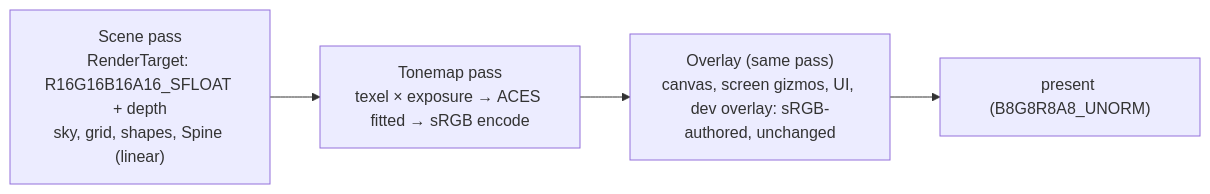
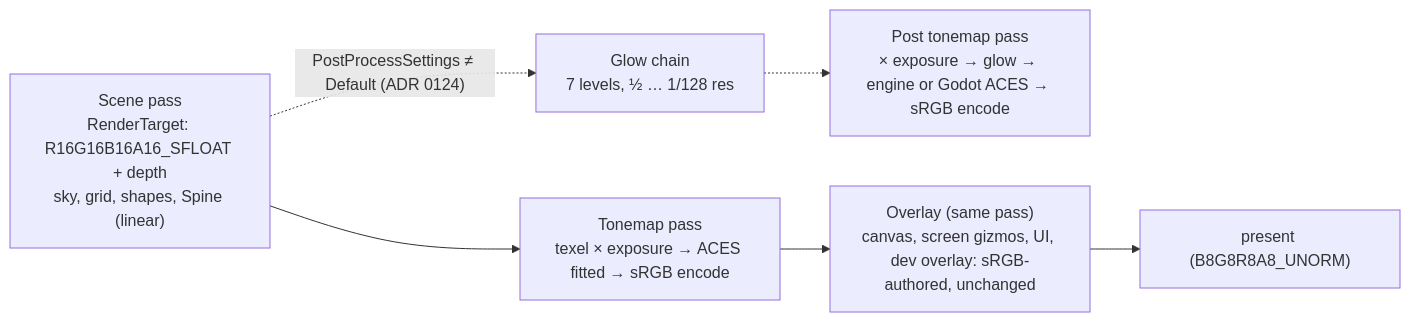
One commit to Mainframe-Games/mainframe-engine changed the diagram in docs/design/color-pipeline.md. Above: the diagram before and after it, drawn with Mermaid. The commit also changed other lines of this file and 21 other files, not shown here.

First line of the commit message:
Godot 4.7's tonemap and glow on WorldEnvironment (ADR 0124)

````diff
--- a/docs/design/color-pipeline.md
+++ b/docs/design/color-pipeline.md
@@ -19,6 +19,7 @@
 ```mermaid
 flowchart LR
     S["Scene pass<br/>RenderTarget: R16G16B16A16_SFLOAT + depth<br/>sky, grid, shapes, Spine (linear)"] --> T["Tonemap pass<br/>texel × exposure → ACES fitted → sRGB encode"]
+    S -. "PostProcessSettings ≠ Default (ADR 0124)" .-> G["Glow chain<br/>7 levels, ½ … 1/128 res"] -.-> T2["Post tonemap pass<br/>× exposure → glow → engine or Godot ACES → sRGB encode"]
     T --> O["Overlay (same pass)<br/>canvas, screen gizmos, UI, dev overlay: sRGB-authored, unchanged"]
     O --> P["present (B8G8R8A8_UNORM)"]
 ```
````
